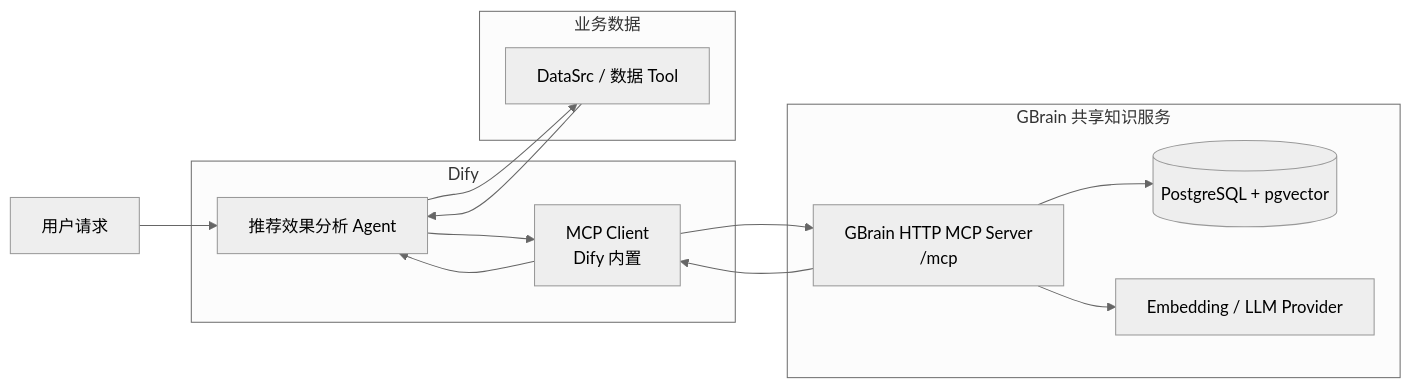
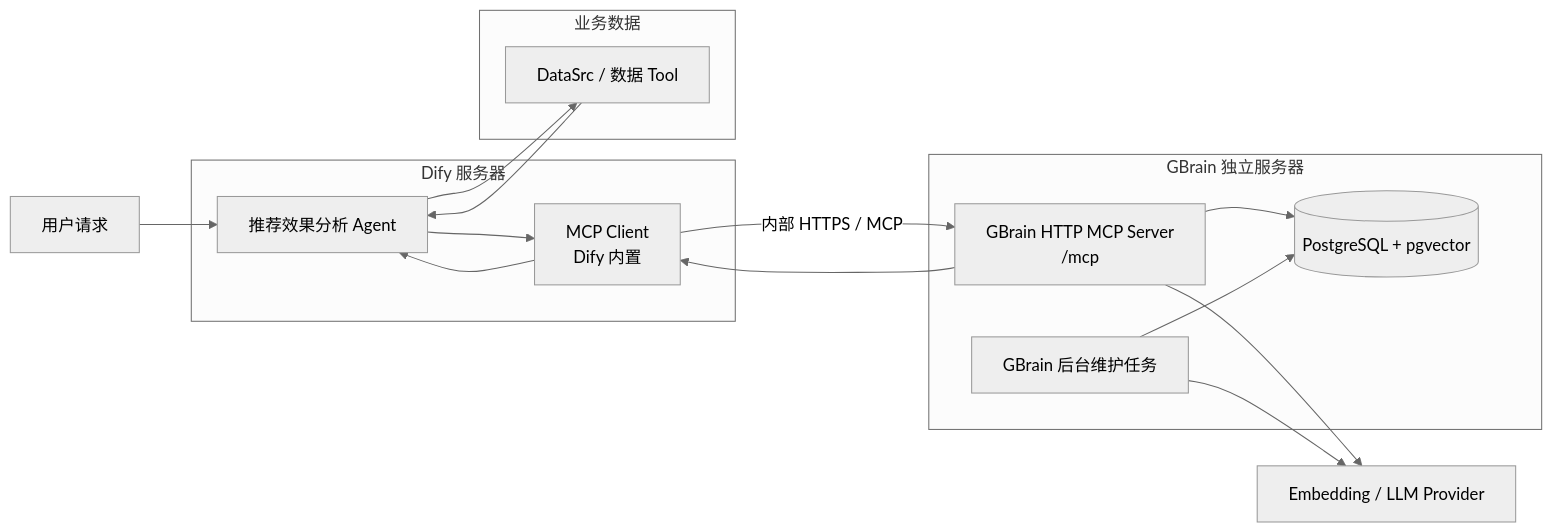
Before and after one commit to sgfd-ui/internship: the second of 7 diagrams in weekly-report/gbrain-dify-shared-knowledge.md, drawn with Mermaid (neutral theme). The commit also changed other lines of this file, not shown here.

Commit message:
部署方案统一为 GBrain 独立机器

````diff
--- a/weekly-report/gbrain-dify-shared-knowledge.md
+++ b/weekly-report/gbrain-dify-shared-knowledge.md
@@ -64,30 +64,34 @@
 ```mermaid
 flowchart LR
     U[用户请求]
 
-    subgraph D[Dify]
+    subgraph D[Dify 服务器]
         A[推荐效果分析 Agent]
         MC[MCP Client\nDify 内置]
     end
 
     subgraph B[业务数据]
         DS[DataSrc / 数据 Tool]
     end
 
-    subgraph G[GBrain 共享知识服务]
+    subgraph G[GBrain 独立服务器]
         MS[GBrain HTTP MCP Server\n/mcp]
         DB[(PostgreSQL + pgvector)]
-        M[Embedding / LLM Provider]
+        W[GBrain 后台维护任务]
     end
+
+    M[Embedding / LLM Provider]
 
     U --> A
     A --> DS
     DS --> A
 
     A --> MC
-    MC --> MS
+    MC -->|内部 HTTPS / MCP| MS
     MS --> DB
+    W --> DB
     MS --> M
+    W --> M
     MS --> MC
     MC --> A
 ```
````
